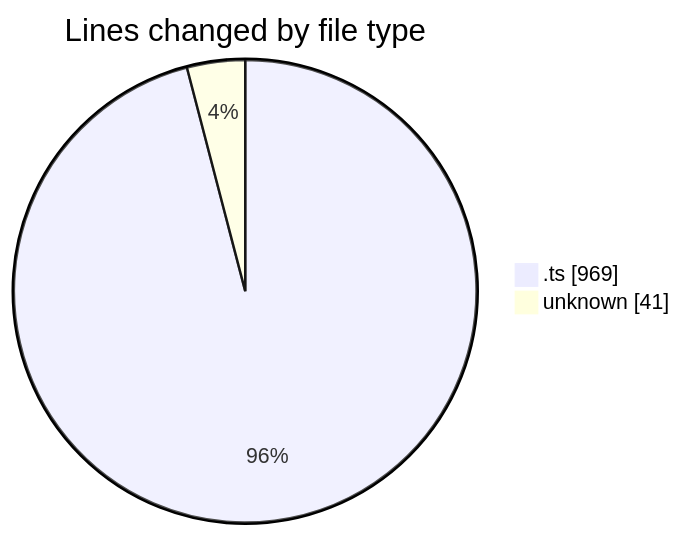
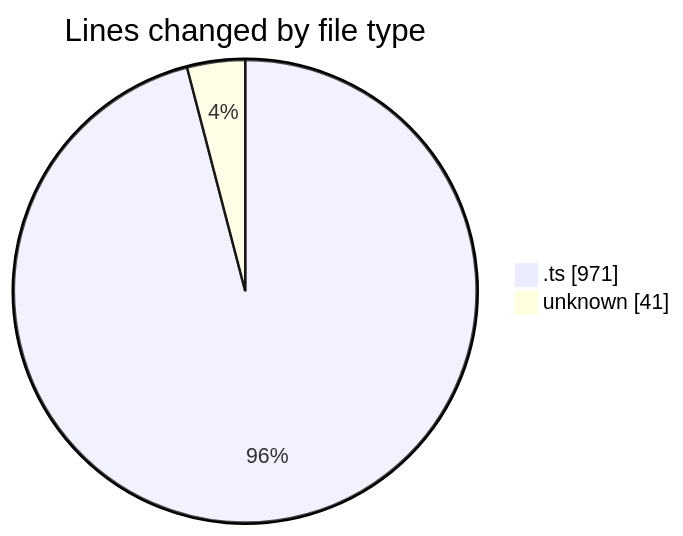
One commit to momahboobian/code-tracking changed the first of 2 diagrams in 2025-08-18/cda/README.md. Above: the diagram before and after it, drawn with Mermaid. The commit also changed other lines of this file and 1 other file, not shown here.

````diff
--- a/2025-08-18/cda/README.md
+++ b/2025-08-18/cda/README.md
@@ -24,6 +24,6 @@
 ```mermaid
 pie showData
 title Lines changed by file type
-".ts" : 969
+".ts" : 971
 "unknown" : 41
 ```
````
